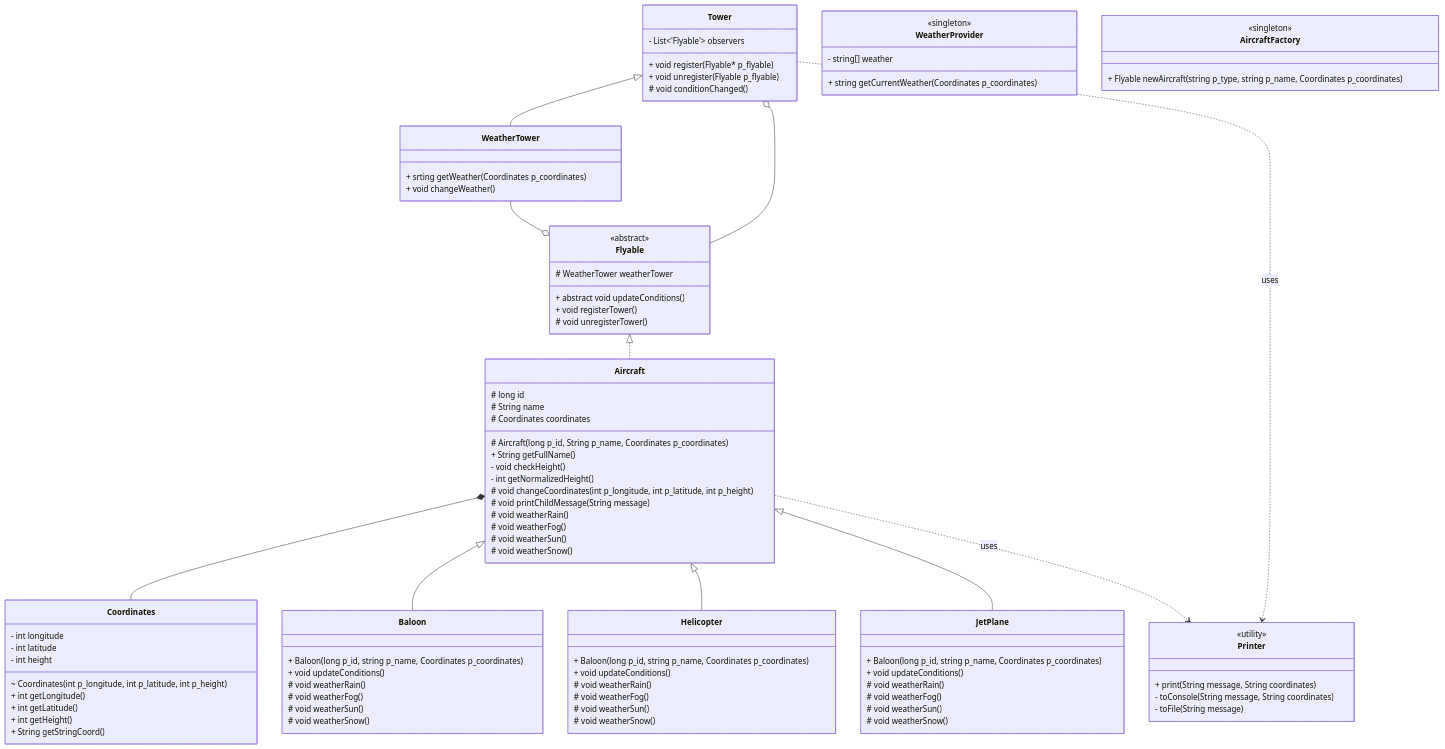
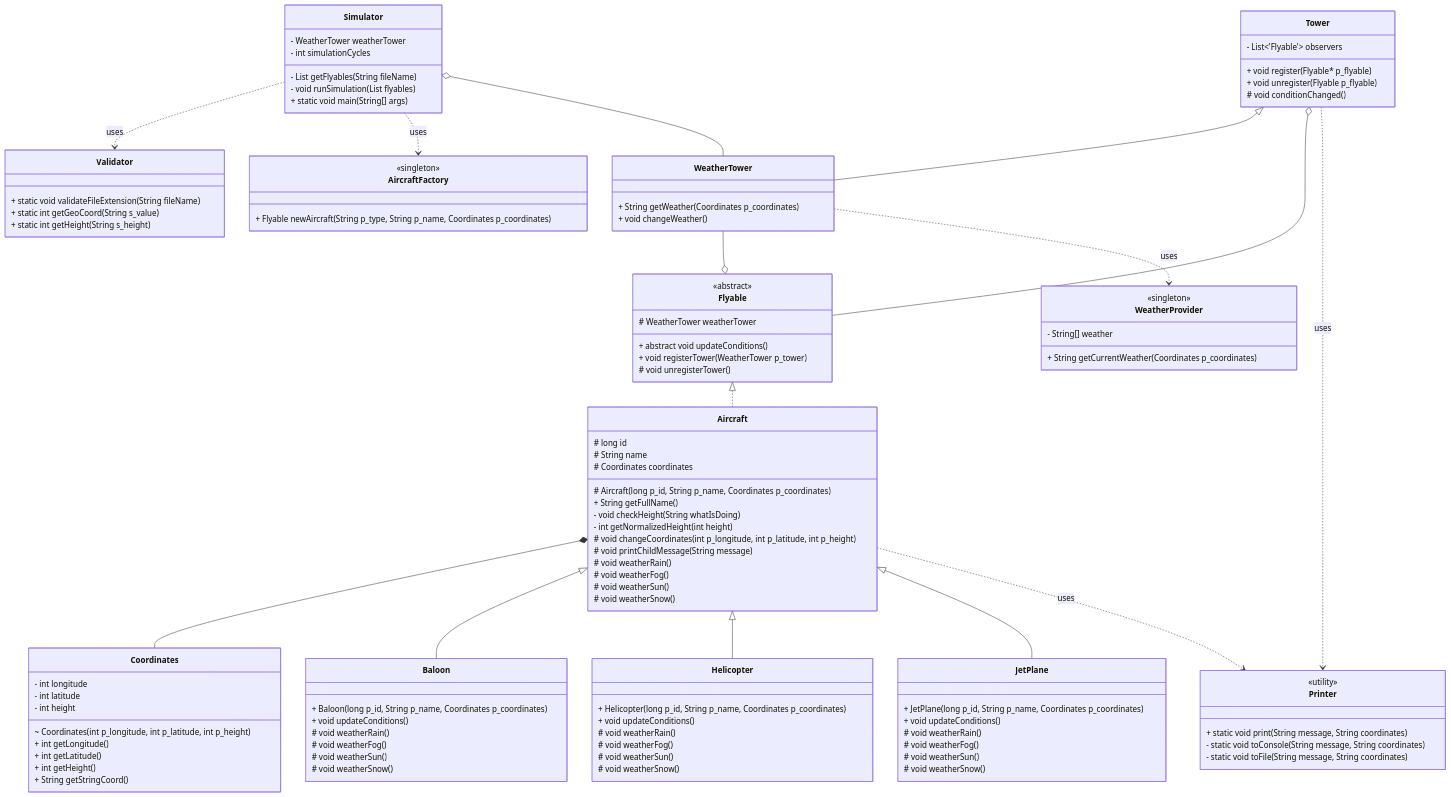
One commit to isilva-t/42.avaj-launcher changed the diagram in README.md. Above: the diagram before and after it, drawn with Mermaid.

Commit message:
readme: medmaid

````diff
--- a/README.md
+++ b/README.md
@@ -35,7 +35,7 @@
         <<abstract>>
         # WeatherTower weatherTower
         + abstract void updateConditions()
-        + void registerTower()
+        + void registerTower(WeatherTower p_tower)
 
         # void unregisterTower()
     }
@@ -48,8 +48,8 @@
         # Aircraft(long p_id, String p_name, Coordinates p_coordinates)
         + String getFullName()
 
-        - void checkHeight()
-        - int getNormalizedHeight()
+        - void checkHeight(String whatIsDoing)
+        - int getNormalizedHeight(int height)
 
         # void changeCoordinates(int p_longitude, int p_latitude, int p_height)
         # void printChildMessage(String message)
@@ -74,17 +74,17 @@
 
     class WeatherProvider {
         <<singleton>>
-        - string[] weather
-        + string getCurrentWeather(Coordinates p_coordinates)
+        - String[] weather
+        + String getCurrentWeather(Coordinates p_coordinates)
     }
 
     class WeatherTower {
-        + srting getWeather(Coordinates p_coordinates)
+        + String getWeather(Coordinates p_coordinates)
         + void changeWeather()
     }
 
     class Baloon {
-        + Baloon(long p_id, string p_name, Coordinates p_coordinates)
+        + Baloon(long p_id, String p_name, Coordinates p_coordinates)
         + void updateConditions()
 
         # void weatherRain()
@@ -93,7 +93,7 @@
         # void weatherSnow()    
     }
     class Helicopter {
-        + Baloon(long p_id, string p_name, Coordinates p_coordinates)
+        + Helicopter(long p_id, String p_name, Coordinates p_coordinates)
         + void updateConditions()
 
         # void weatherRain()
@@ -102,7 +102,7 @@
         # void weatherSnow()    
     }
     class JetPlane {
-        + Baloon(long p_id, string p_name, Coordinates p_coordinates)
+        + JetPlane(long p_id, String p_name, Coordinates p_coordinates)
         + void updateConditions()
 
         # void weatherRain()
@@ -113,14 +113,28 @@
 
     class AircraftFactory {
         <<singleton>>
-        + Flyable newAircraft(string p_type, string p_name, Coordinates p_coordinates)
+        + Flyable newAircraft(String p_type, String p_name, Coordinates p_coordinates)
     }
 
     class Printer {
         <<utility>>
-        + print(String message, String coordinates)
-        - toConsole(String message, String coordinates)
-        - toFile(String message)
+        + static void print(String message, String coordinates)
+        - static void toConsole(String message, String coordinates)
+        - static void toFile(String message, String coordinates)
+    }
+    
+    class Validator {
+        + static void validateFileExtension(String fileName)
+        + static int getGeoCoord(String s_value)
+        + static int getHeight(String s_height)
+    }
+
+    class Simulator {
+        - WeatherTower weatherTower
+        - int simulationCycles
+        - List<Flyable> getFlyables(String fileName)
+        - void runSimulation(List<Flyable> flyables)
+        + static void main(String[] args)
     }
 
     Flyable <|.. Aircraft
@@ -135,5 +149,10 @@
 
     Tower ..> Printer : uses
     Aircraft ..> Printer : uses
+    Simulator ..> Validator : uses
+    Simulator ..> AircraftFactory : uses
+    WeatherTower ..> WeatherProvider : uses
+
+    Simulator o-- WeatherTower
     
 ```
````
